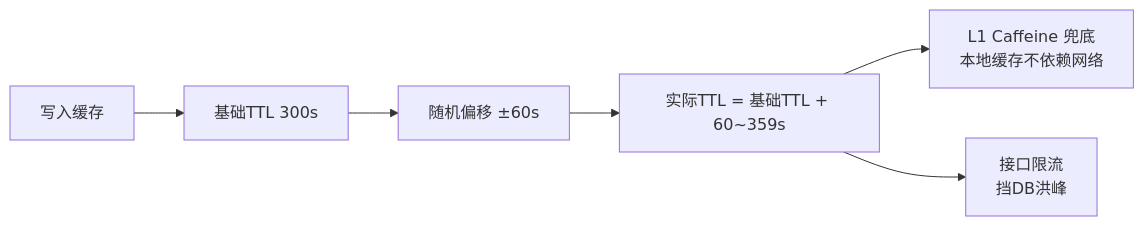
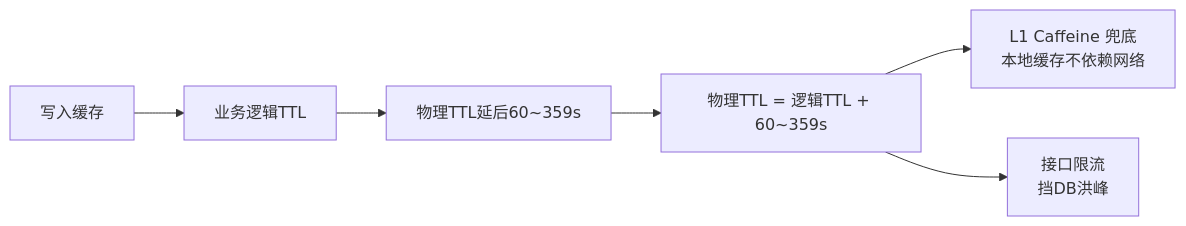
Before and after one commit to wangn-tech/movie-seckill: the sixth of 12 diagrams in docs/架构设计.md, drawn with Mermaid. The commit also changed other lines of this file and 3 other files, not shown here.

````diff
--- a/docs/架构设计.md
+++ b/docs/架构设计.md
@@ -221,10 +221,10 @@
 ```mermaid
 graph LR
-    SET[写入缓存] --> TTL[基础TTL 300s]
-    TTL --> RAND[随机偏移 ±60s]
-    RAND --> FINAL[实际TTL = 基础TTL + 60~359s]
+    SET[写入缓存] --> TTL[业务逻辑TTL]
+    TTL --> RAND[物理TTL延后60~359s]
+    RAND --> FINAL[物理TTL = 逻辑TTL + 60~359s]
     L1[L1 Caffeine 兜底<br/>本地缓存不依赖网络]
     RATE[接口限流<br/>挡DB洪峰]
     FINAL --> L1
     FINAL --> RATE
 ```
````
